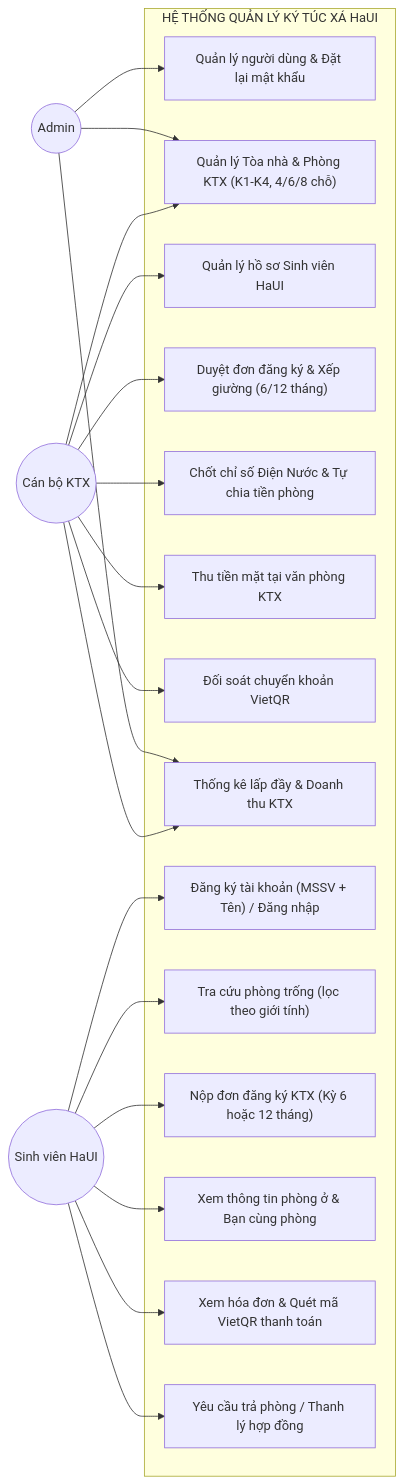
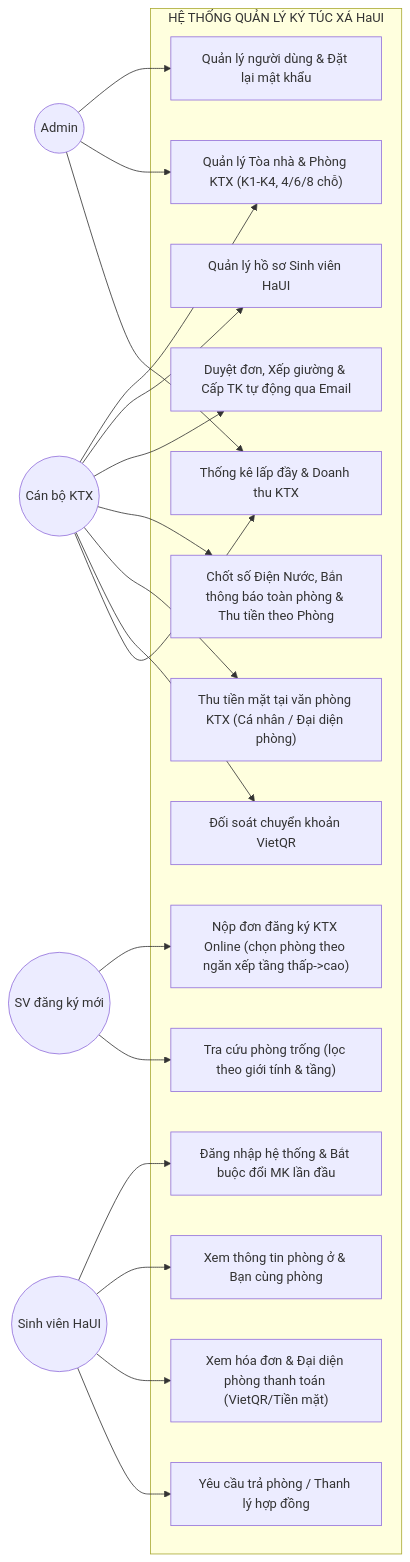
Before and after one commit to khanhvx2005/BE_QLKTX: the diagram in docs/EDIT_DOCS_DAC_TA_YEU_CAU.md, drawn with Mermaid. The commit also changed other lines of this file and 1 other file, not shown here.

````diff
--- a/docs/EDIT_DOCS_DAC_TA_YEU_CAU.md
+++ b/docs/EDIT_DOCS_DAC_TA_YEU_CAU.md
@@ -26,40 +26,41 @@
 ```mermaid
 flowchart LR
     Admin(("Admin"))
     Staff(("Cán bộ KTX"))
     Student(("Sinh viên HaUI"))
+    Guest(("SV đăng ký mới"))
 
     subgraph SYS["HỆ THỐNG QUẢN LÝ KÝ TÚC XÁ HaUI"]
         UC1["Quản lý người dùng & Đặt lại mật khẩu"]
         UC2["Quản lý Tòa nhà & Phòng KTX (K1-K4, 4/6/8 chỗ)"]
         UC3["Quản lý hồ sơ Sinh viên HaUI"]
-        UC4["Duyệt đơn đăng ký & Xếp giường (6/12 tháng)"]
-        UC5["Chốt chỉ số Điện Nước & Tự chia tiền phòng"]
-        UC6["Thu tiền mặt tại văn phòng KTX"]
+        UC4["Duyệt đơn, Xếp giường & Cấp TK tự động qua Email"]
+        UC5["Chốt số Điện Nước, Bắn thông báo toàn phòng & Thu tiền theo Phòng"]
+        UC6["Thu tiền mặt tại văn phòng KTX (Cá nhân / Đại diện phòng)"]
         UC7["Đối soát chuyển khoản VietQR"]
         UC8["Thống kê lấp đầy & Doanh thu KTX"]
-        UC9["Đăng ký tài khoản (MSSV + Tên) / Đăng nhập"]
-        UC10["Tra cứu phòng trống (lọc theo giới tính)"]
-        UC11["Nộp đơn đăng ký KTX (Kỳ 6 hoặc 12 tháng)"]
+        UC9["Đăng nhập hệ thống & Bắt buộc đổi MK lần đầu"]
+        UC10["Nộp đơn đăng ký KTX Online (chọn phòng theo ngăn xếp tầng thấp->cao)"]
+        UC11["Tra cứu phòng trống (lọc theo giới tính & tầng)"]
         UC12["Xem thông tin phòng ở & Bạn cùng phòng"]
-        UC13["Xem hóa đơn & Quét mã VietQR thanh toán"]
+        UC13["Xem hóa đơn & Đại diện phòng thanh toán (VietQR/Tiền mặt)"]
         UC14["Yêu cầu trả phòng / Thanh lý hợp đồng"]
     end
 
     Admin --> UC1
     Admin --> UC2
     Admin --> UC8
     Staff --> UC2
     Staff --> UC3
     Staff --> UC4
     Staff --> UC5
     Staff --> UC6
     Staff --> UC7
     Staff --> UC8
+    Guest --> UC10
+    Guest --> UC11
     Student --> UC9
-    Student --> UC10
-    Student --> UC11
     Student --> UC12
     Student --> UC13
     Student --> UC14
 ```
````
